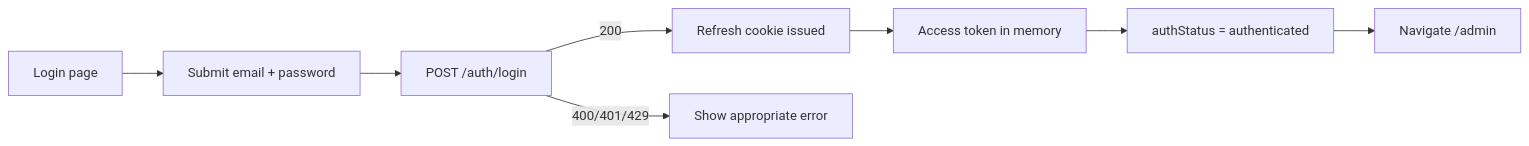
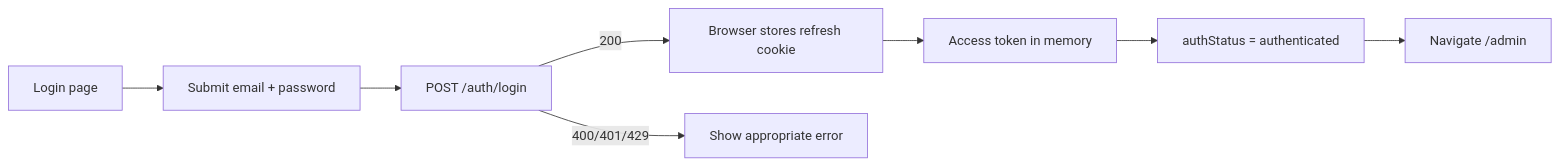
The second of 4 diagrams in docs/design/frontend/login.md (0n6k4v-Coder/digital-publication-book-library), drawn with Mermaid before and after one commit. The commit also changed other lines of this file, not shown here.

````diff
--- a/docs/design/frontend/login.md
+++ b/docs/design/frontend/login.md
@@ -157,10 +219,10 @@
 ```mermaid
 flowchart LR
     A["Login page"] --> B["Submit email + password"]
     B --> C["POST /auth/login"]
-    C -->|200| D["Refresh cookie issued"]
+    C -->|200| D["Browser stores refresh cookie"]
     D --> E["Access token in memory"]
     E --> F["authStatus = authenticated"]
     F --> G["Navigate /admin"]
     C -->|400/401/429| H["Show appropriate error"]
 ```
````
